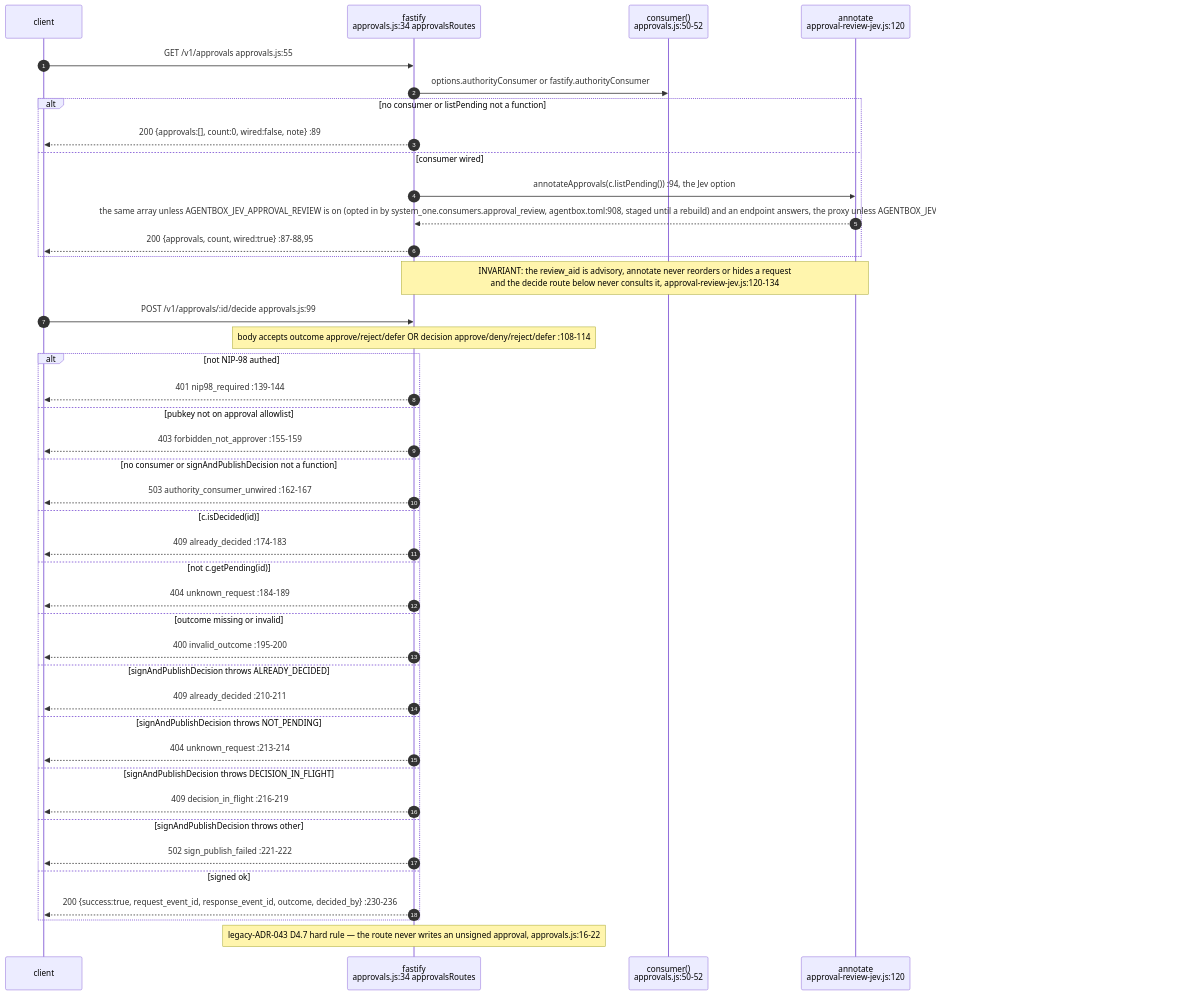
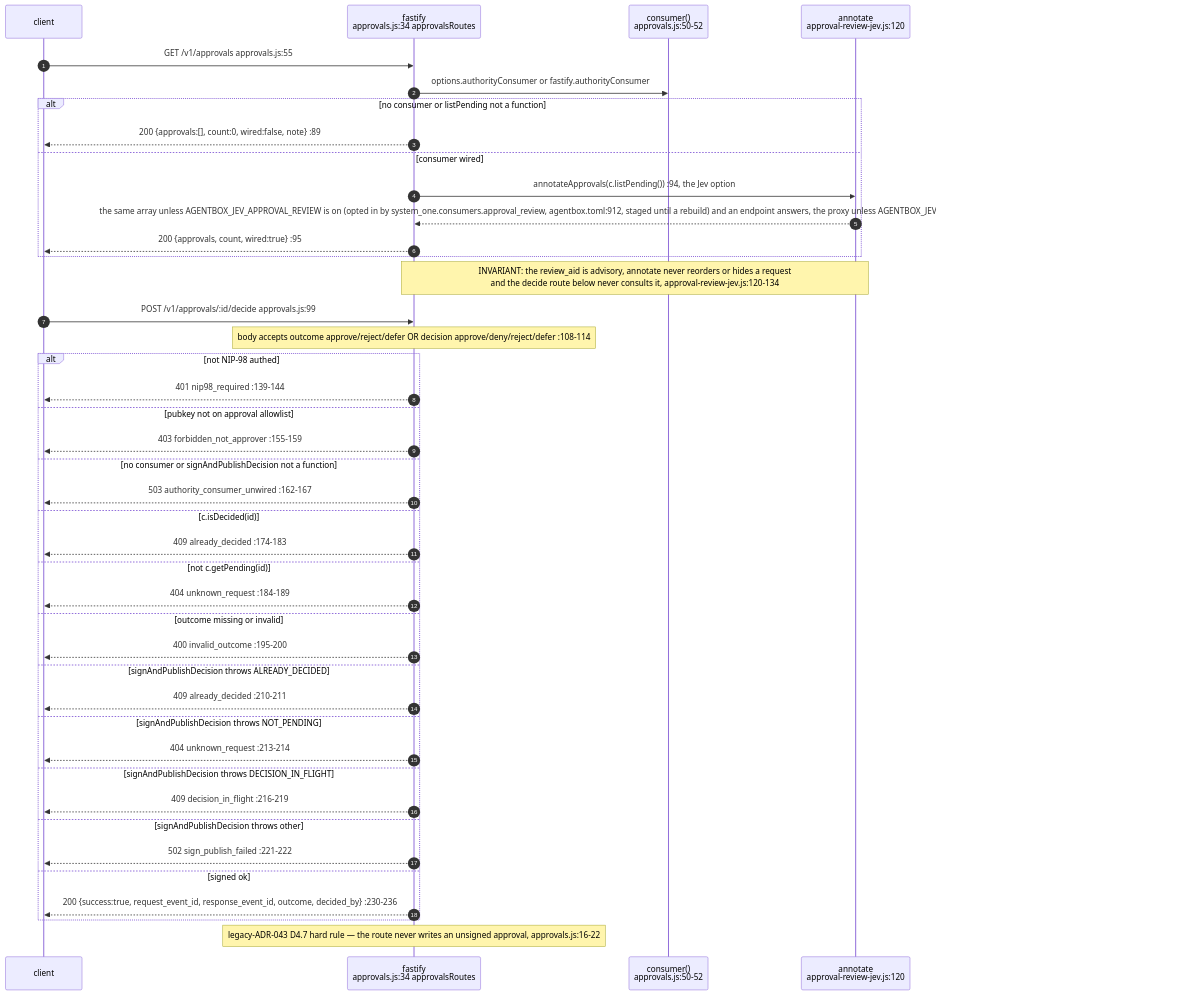
Before and after one commit to DreamLab-AI/VisionFlow: the fifth of 15 diagrams in docs/diagrams/agentbox/14-governance-journal-actions-approvals.md, drawn with Mermaid. The commit also changed other lines of this file and 173 other files, not shown here.

````diff
--- a/docs/diagrams/agentbox/14-governance-journal-actions-approvals.md
+++ b/docs/diagrams/agentbox/14-governance-journal-actions-approvals.md
@@ -264,46 +266,46 @@
 ```mermaid
 sequenceDiagram
     autonumber
     participant C as client
     participant FA as fastify<br/>approvals.js:34 approvalsRoutes
     participant CON as consumer()<br/>approvals.js:50-52
     participant AJ as annotate<br/>approval-review-jev.js:120
 
     C->>FA: GET /v1/approvals approvals.js:55
     FA->>CON: options.authorityConsumer or fastify.authorityConsumer
     alt no consumer or listPending not a function
         FA-->>C: 200 {approvals:[], count:0, wired:false, note} :89
     else consumer wired
         FA->>AJ: annotateApprovals(c.listPending()) :94, the Jev option
-        AJ-->>FA: the same array unless AGENTBOX_JEV_APPROVAL_REVIEW is on (opted in by system_one.consumers.approval_review, agentbox.toml:908, staged until a rebuild) and an endpoint answers, the proxy unless AGENTBOX_JEV_APPROVAL_LOCAL_ONLY=1 (approval-review-jev.js:20-24,127)
-        FA-->>C: 200 {approvals, count, wired:true} :87-88,95
+        AJ-->>FA: the same array unless AGENTBOX_JEV_APPROVAL_REVIEW is on (opted in by system_one.consumers.approval_review, agentbox.toml:912, staged until a rebuild) and an endpoint answers, the proxy unless AGENTBOX_JEV_APPROVAL_LOCAL_ONLY=1 (approval-review-jev.js:20-24,127)
+        FA-->>C: 200 {approvals, count, wired:true} :95
     end
     Note over FA,AJ: INVARIANT: the review_aid is advisory, annotate never reorders or hides a request<br/>and the decide route below never consults it, approval-review-jev.js:120-134
 
     C->>FA: POST /v1/approvals/:id/decide approvals.js:99
     Note over FA: body accepts outcome approve/reject/defer OR decision approve/deny/reject/defer :108-114
     alt not NIP-98 authed
         FA-->>C: 401 nip98_required :139-144
     else pubkey not on approval allowlist
         FA-->>C: 403 forbidden_not_approver :155-159
     else no consumer or signAndPublishDecision not a function
         FA-->>C: 503 authority_consumer_unwired :162-167
     else c.isDecided(id)
         FA-->>C: 409 already_decided :174-183
     else not c.getPending(id)
         FA-->>C: 404 unknown_request :184-189
     else outcome missing or invalid
         FA-->>C: 400 invalid_outcome :195-200
     else signAndPublishDecision throws ALREADY_DECIDED
         FA-->>C: 409 already_decided :210-211
     else signAndPublishDecision throws NOT_PENDING
         FA-->>C: 404 unknown_request :213-214
     else signAndPublishDecision throws DECISION_IN_FLIGHT
         FA-->>C: 409 decision_in_flight :216-219
     else signAndPublishDecision throws other
         FA-->>C: 502 sign_publish_failed :221-222
     else signed ok
         FA-->>C: 200 {success:true, request_event_id, response_event_id, outcome, decided_by} :230-236
     end
     Note over FA: legacy-ADR-043 D4.7 hard rule — the route never writes an unsigned approval, approvals.js:16-22
 ```
````
